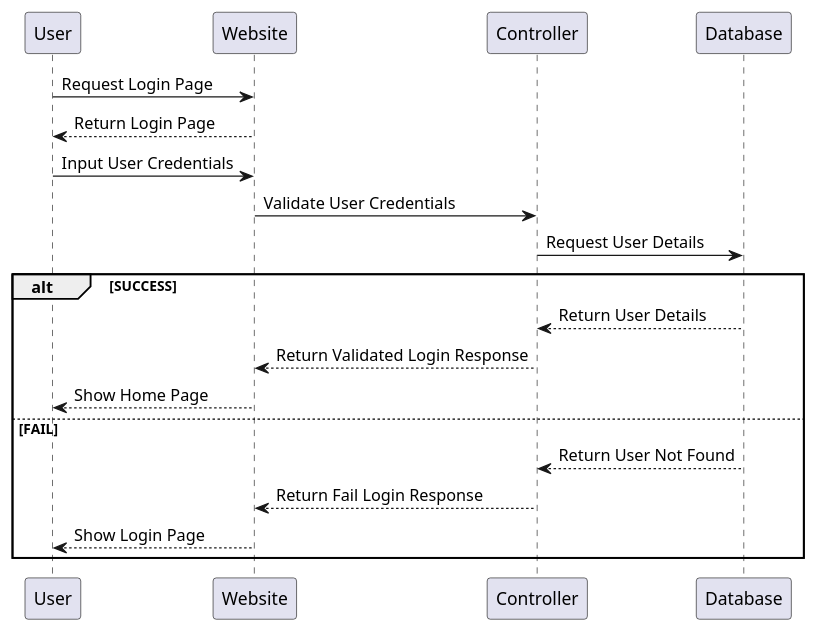
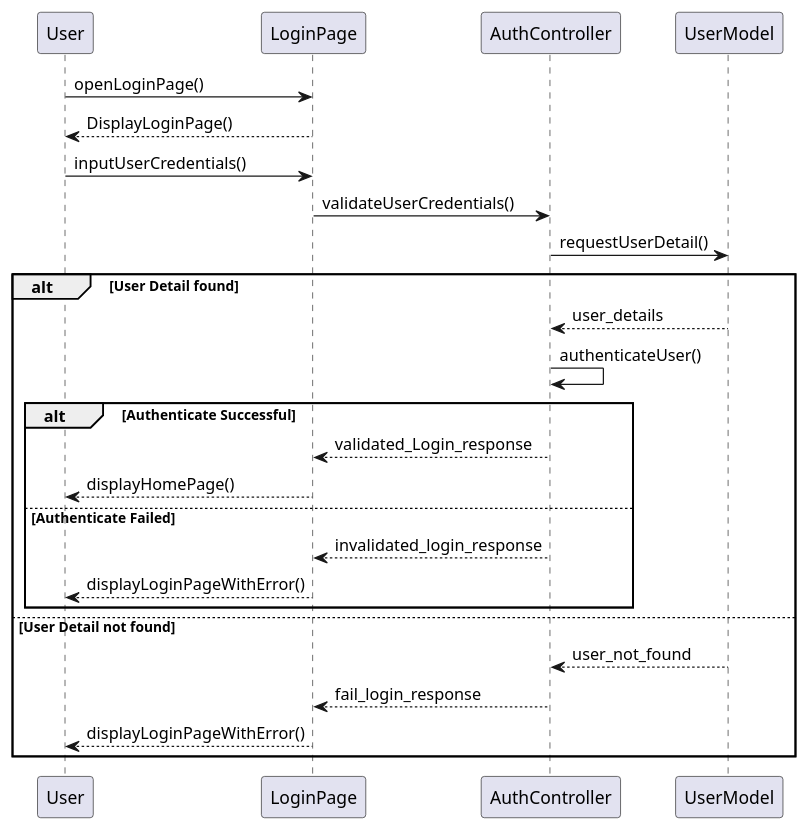
One commit to AntWort21/BHFMS changed the diagram in Design/BHFMS_SEQUENCE/Login.puml. Above: the diagram before and after it, drawn with PlantUML. The commit also changed 12 other files, not shown here.

Commit message:
updated sequence diagram

```diff
--- a/Design/BHFMS_SEQUENCE/Login.puml
+++ b/Design/BHFMS_SEQUENCE/Login.puml
@@ -1,17 +1,24 @@
 @startuml
-User -> Website: Request Login Page
-User <-- Website: Return Login Page
-User -> Website: Input User Credentials
-Website -> Controller: Validate User Credentials
-Controller -> Database: Request User Details
+User -> LoginPage: openLoginPage()
+User <-- LoginPage: DisplayLoginPage()
+User -> LoginPage: inputUserCredentials()
+LoginPage -> AuthController: validateUserCredentials()
+AuthController -> UserModel: requestUserDetail()
 
-alt SUCCESS
-    Controller <-- Database: Return User Details
-    Website <-- Controller: Return Validated Login Response
-    User <-- Website: Show Home Page
-else FAIL
-    Controller <-- Database: Return User Not Found
-    Website <-- Controller: Return Fail Login Response
-    User <-- Website: Show Login Page
+alt User Detail found
+    AuthController <-- UserModel: user_details
+    AuthController -> AuthController: authenticateUser()
+    alt Authenticate Successful
+       LoginPage <-- AuthController: validated_Login_response
+       User <-- LoginPage: displayHomePage()
+    else Authenticate Failed
+       LoginPage <-- AuthController: invalidated_login_response
+       User <-- LoginPage: displayLoginPageWithError()
+    end
+    
+else User Detail not found
+    AuthController <-- UserModel: user_not_found
+    LoginPage <-- AuthController: fail_login_response
+    User <-- LoginPage: displayLoginPageWithError()
 end
 @enduml
```
